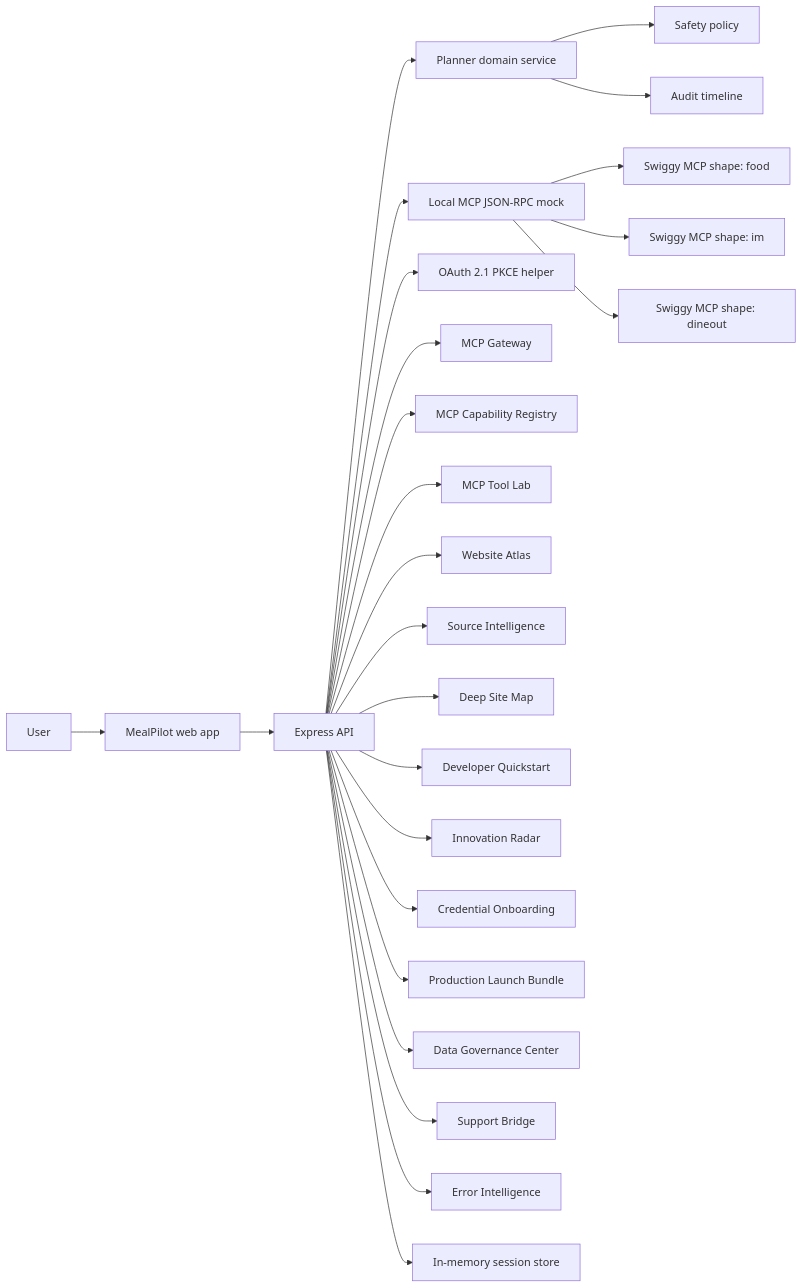
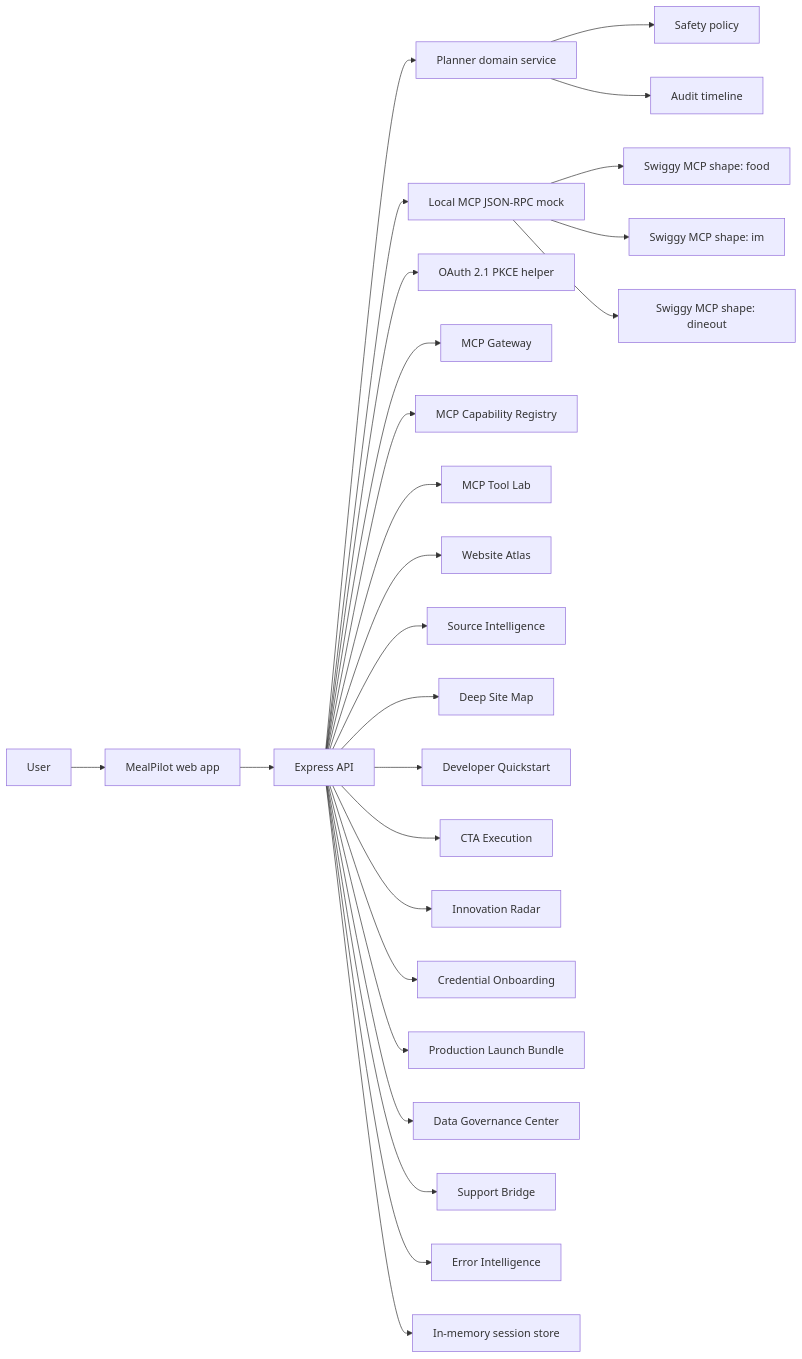
The diagram in docs/architecture.md (Farhankhan0128/MealPilot), drawn with Mermaid before and after one commit. The commit also changed other lines of this file and 21 other files, not shown here.

Commit message:
Add Swiggy CTA execution center

````diff
--- a/docs/architecture.md
+++ b/docs/architecture.md
@@ -7,27 +7,28 @@
 ```mermaid
 flowchart LR
   U["User"] --> UI["MealPilot web app"]
   UI --> API["Express API"]
   API --> Planner["Planner domain service"]
   Planner --> Safety["Safety policy"]
   API --> Mock["Local MCP JSON-RPC mock"]
   API --> Auth["OAuth 2.1 PKCE helper"]
   API --> Gateway["MCP Gateway"]
   API --> Registry["MCP Capability Registry"]
   API --> ToolLab["MCP Tool Lab"]
   API --> Atlas["Website Atlas"]
   API --> SourceIntel["Source Intelligence"]
   API --> DeepMap["Deep Site Map"]
   API --> DevQuick["Developer Quickstart"]
+  API --> CtaExec["CTA Execution"]
   API --> Innovation["Innovation Radar"]
   API --> Credential["Credential Onboarding"]
   API --> Launch["Production Launch Bundle"]
   API --> DataGov["Data Governance Center"]
   API --> Support["Support Bridge"]
   API --> Errors["Error Intelligence"]
   Mock --> Food["Swiggy MCP shape: food"]
   Mock --> IM["Swiggy MCP shape: im"]
   Mock --> Dineout["Swiggy MCP shape: dineout"]
   API --> Store["In-memory session store"]
   Planner --> Obs["Audit timeline"]
 ```
````
